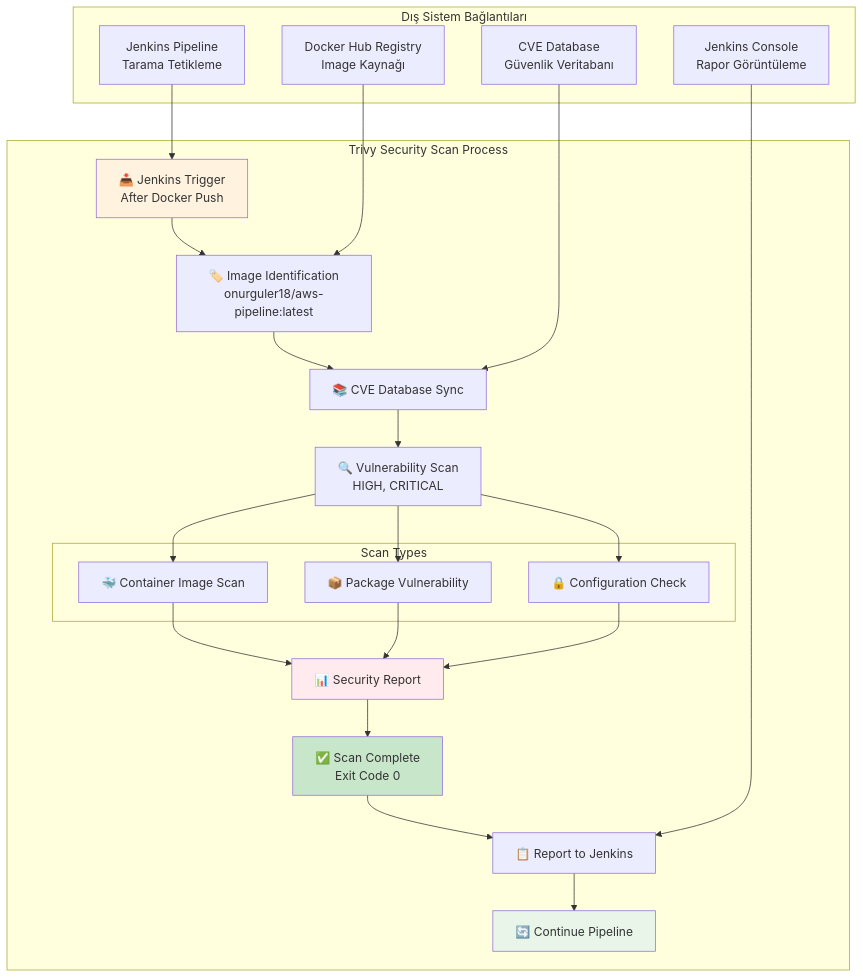
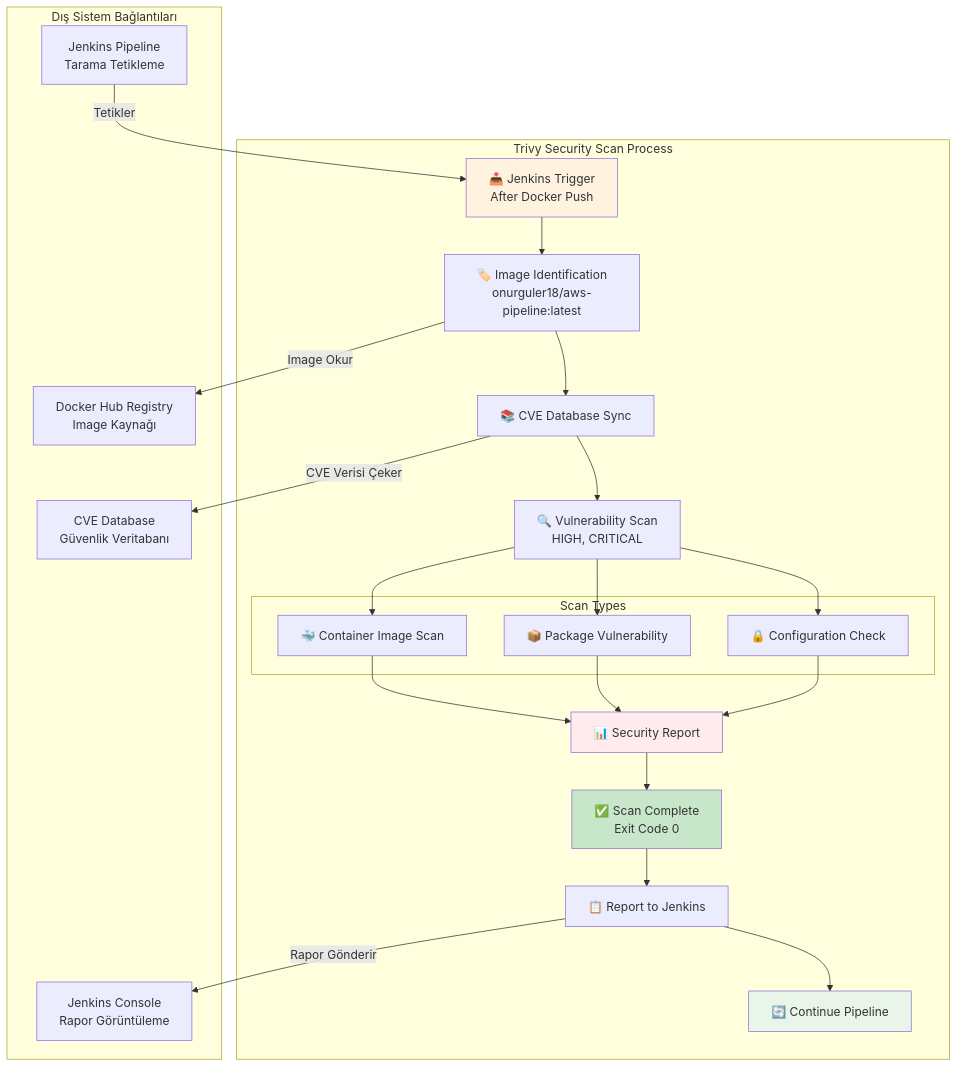
One commit to onurglr/aws-pipeline changed the fifth of 9 diagrams in detailed-devops-diagrams.md. Above: the diagram before and after it, drawn with Mermaid. The commit also changed other lines of this file, not shown here.

````diff
--- a/detailed-devops-diagrams.md
+++ b/detailed-devops-diagrams.md
@@ -181,38 +181,38 @@
 ```mermaid
 graph TB
     subgraph "Trivy Security Scan Process"
         A[📥 Jenkins Trigger<br/>After Docker Push] --> B[🏷️ Image Identification<br/>onurguler18/aws-pipeline:latest]
         B --> C[📚 CVE Database Sync]
         C --> D[🔍 Vulnerability Scan<br/>HIGH, CRITICAL]
         
         subgraph "Scan Types"
             D1[🐳 Container Image Scan]
             D2[📦 Package Vulnerability]
             D3[🔒 Configuration Check]
         end
         
         D --> D1
         D --> D2
         D --> D3
         
         D1 --> E[📊 Security Report]
         D2 --> E
         D3 --> E
         
         E --> F[✅ Scan Complete<br/>Exit Code 0]
         F --> G[📋 Report to Jenkins]
         G --> H[🔄 Continue Pipeline]
     end
     
     subgraph "Dış Sistem Bağlantıları"
-        I[Jenkins Pipeline<br/>Tarama Tetikleme] --> A
-        J[Docker Hub Registry<br/>Image Kaynağı] --> B
-        K[CVE Database<br/>Güvenlik Veritabanı] --> C
-        L[Jenkins Console<br/>Rapor Görüntüleme] --> G
+        I[Jenkins Pipeline<br/>Tarama Tetikleme] -->|Tetikler| A
+        B -->|Image Okur| J[Docker Hub Registry<br/>Image Kaynağı]
+        C -->|CVE Verisi Çeker| K[CVE Database<br/>Güvenlik Veritabanı]
+        G -->|Rapor Gönderir| L[Jenkins Console<br/>Rapor Görüntüleme]
     end
     
     style A fill:#fff3e0
     style E fill:#ffebee
     style F fill:#c8e6c9
     style H fill:#e8f5e8
 ```
````
